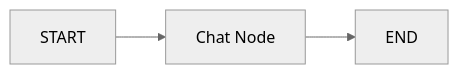
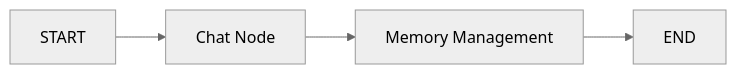
One commit to swarupd07/LangGraphProjects changed the sixth of 7 diagrams in README.md. Above: the diagram before and after it, drawn with Mermaid (neutral theme). The commit also changed other lines of this file, not shown here.

````diff
--- a/README.md
+++ b/README.md
@@ -77,5 +78,6 @@
 ```mermaid
 graph LR
     A[START] --> B[Chat Node]
-    B --> C[END]
+    B --> C[Memory Management]
+    C --> D[END]
 ```
````
